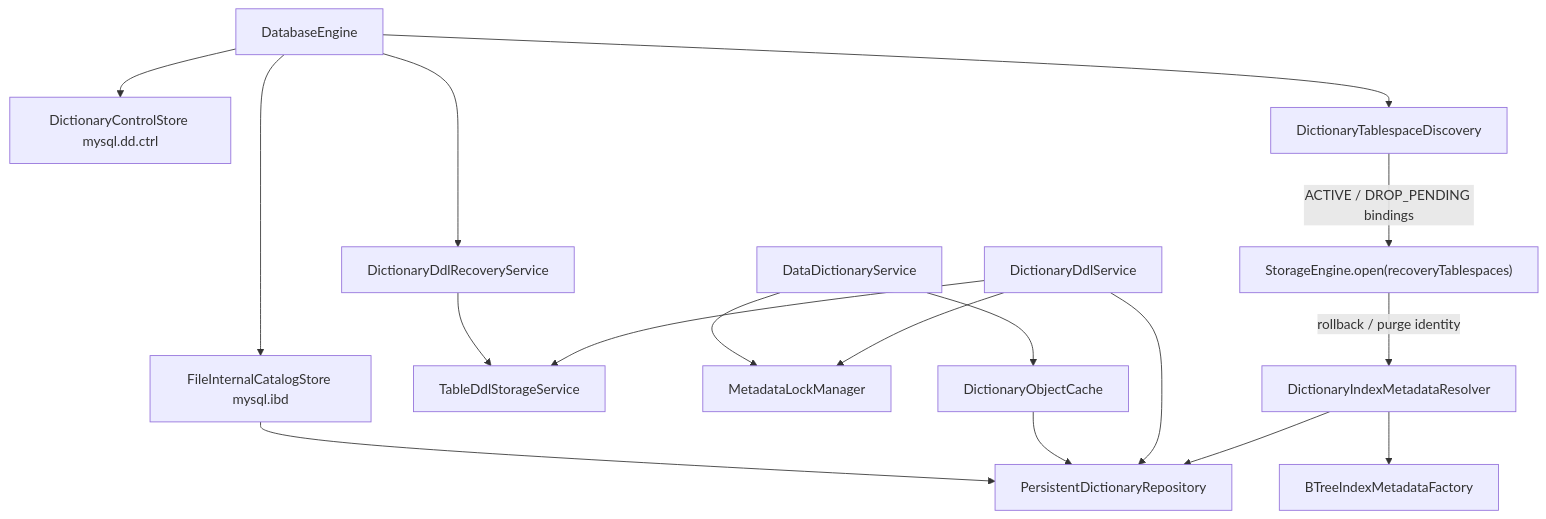
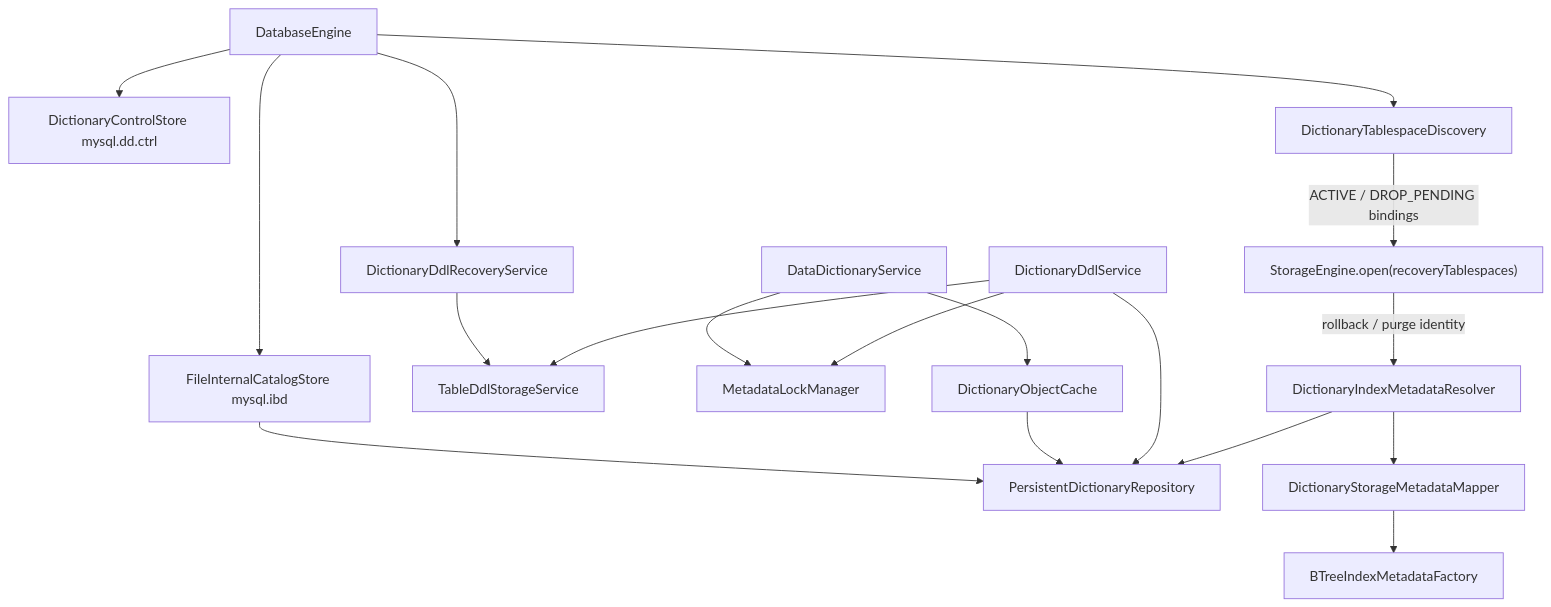
Before and after one commit to mywnlb/dbtest: the tenth of 11 diagrams in docs/design/current-implementation-map.md, drawn with Mermaid. The commit also changed other lines of this file and 144 other files, not shown here.

````diff
--- a/docs/design/current-implementation-map.md
+++ b/docs/design/current-implementation-map.md
@@ -608,19 +608,20 @@
 ```mermaid
 flowchart TD
   Engine["DatabaseEngine"] --> Control["DictionaryControlStore mysql.dd.ctrl"]
   Engine --> Catalog["FileInternalCatalogStore mysql.ibd"]
   Catalog --> Repo["PersistentDictionaryRepository"]
   Engine --> Discovery["DictionaryTablespaceDiscovery"]
   Discovery -->|ACTIVE / DROP_PENDING bindings| Storage["StorageEngine.open(recoveryTablespaces)"]
   Engine --> DdlRecovery["DictionaryDdlRecoveryService"]
   DdlRecovery --> Physical["TableDdlStorageService"]
   DdService["DataDictionaryService"] --> Mdl["MetadataLockManager"]
   DdService --> Cache["DictionaryObjectCache"]
   Cache --> Repo
   Ddl["DictionaryDdlService"] --> Mdl
   Ddl --> Repo
   Ddl --> Physical
   Resolver["DictionaryIndexMetadataResolver"] --> Repo
-  Resolver --> Factory["BTreeIndexMetadataFactory"]
+  Resolver --> Mapper["DictionaryStorageMetadataMapper"]
+  Mapper --> Factory["BTreeIndexMetadataFactory"]
   Storage -->|rollback / purge identity| Resolver
 ```
````
